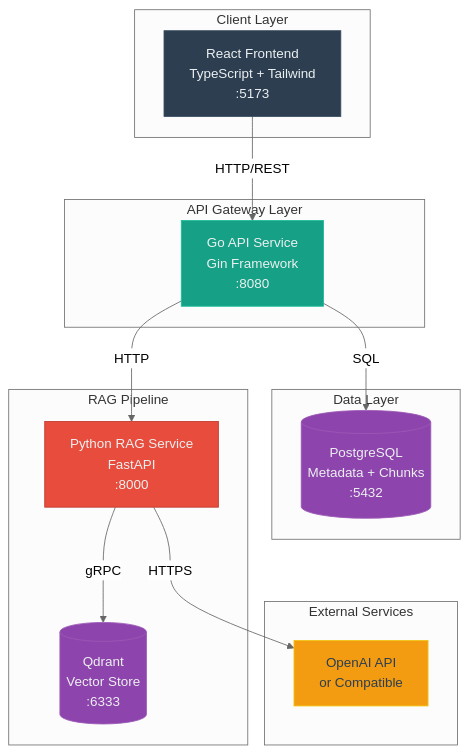
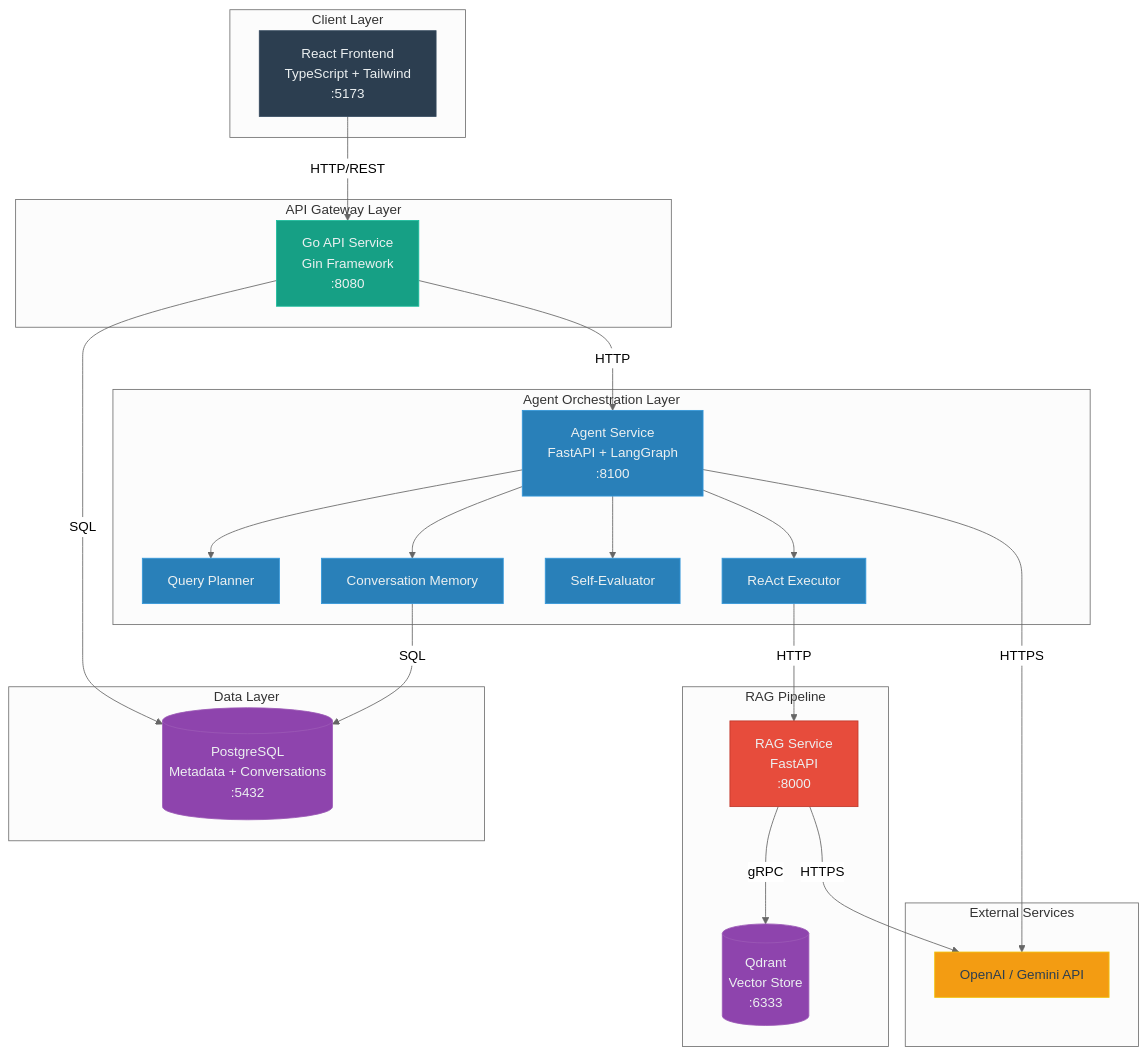
The first of 4 diagrams in README.md (kushalsai-01/DocSense), drawn with Mermaid (neutral theme) before and after one commit. The commit also changed other lines of this file and 95 other files, not shown here.

Commit message:
Fixed all bugs: RAG/Agent toggle, API key update, answer quality improvements, and full project restructure

````diff
--- a/README.md
+++ b/README.md
@@ -20,41 +20,62 @@
 ```mermaid
 graph TB
     subgraph "Client Layer"
         Web[React Frontend<br/>TypeScript + Tailwind<br/>:5173]
     end
     
     subgraph "API Gateway Layer"
         API[Go API Service<br/>Gin Framework<br/>:8080]
     end
     
-    subgraph "Data Layer"
-        PG[(PostgreSQL<br/>Metadata + Chunks<br/>:5432)]
+    subgraph "Agent Orchestration Layer"
+        AGENT[Agent Service<br/>FastAPI + LangGraph<br/>:8100]
+        PLAN[Query Planner]
+        EXEC[ReAct Executor]
+        EVAL[Self-Evaluator]
+        MEM[Conversation Memory]
     end
     
     subgraph "RAG Pipeline"
-        RAG[Python RAG Service<br/>FastAPI<br/>:8000]
+        RAG[RAG Service<br/>FastAPI<br/>:8000]
         QD[(Qdrant<br/>Vector Store<br/>:6333)]
     end
     
+    subgraph "Data Layer"
+        PG[(PostgreSQL<br/>Metadata + Conversations<br/>:5432)]
+    end
+    
     subgraph "External Services"
-        LLM[OpenAI API<br/>or Compatible]
+        LLM[OpenAI / Gemini API]
     end
     
     Web -->|HTTP/REST| API
+    API -->|HTTP| AGENT
     API -->|SQL| PG
-    API -->|HTTP| RAG
+    
+    AGENT --> PLAN
+    AGENT --> EXEC
+    AGENT --> EVAL
+    AGENT --> MEM
+    
+    EXEC -->|HTTP| RAG
+    MEM -->|SQL| PG
+    
     RAG -->|gRPC| QD
+    
+    AGENT -->|HTTPS| LLM
     RAG -->|HTTPS| LLM
     
     classDef client fill:#2c3e50,stroke:#34495e,color:#ecf0f1
     classDef gateway fill:#16a085,stroke:#1abc9c,color:#ecf0f1
+    classDef agent fill:#2980b9,stroke:#3498db,color:#ecf0f1
     classDef data fill:#8e44ad,stroke:#9b59b6,color:#ecf0f1
     classDef ml fill:#e74c3c,stroke:#c0392b,color:#ecf0f1
     classDef external fill:#f39c12,stroke:#f1c40f,color:#2c3e50
     
     class Web client
     class API gateway
+    class AGENT,PLAN,EXEC,EVAL,MEM agent
     class PG,QD data
     class RAG ml
     class LLM external
 ```
````
